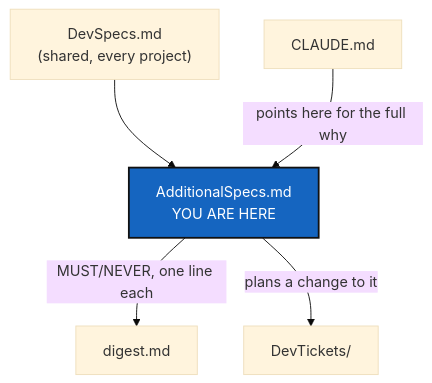
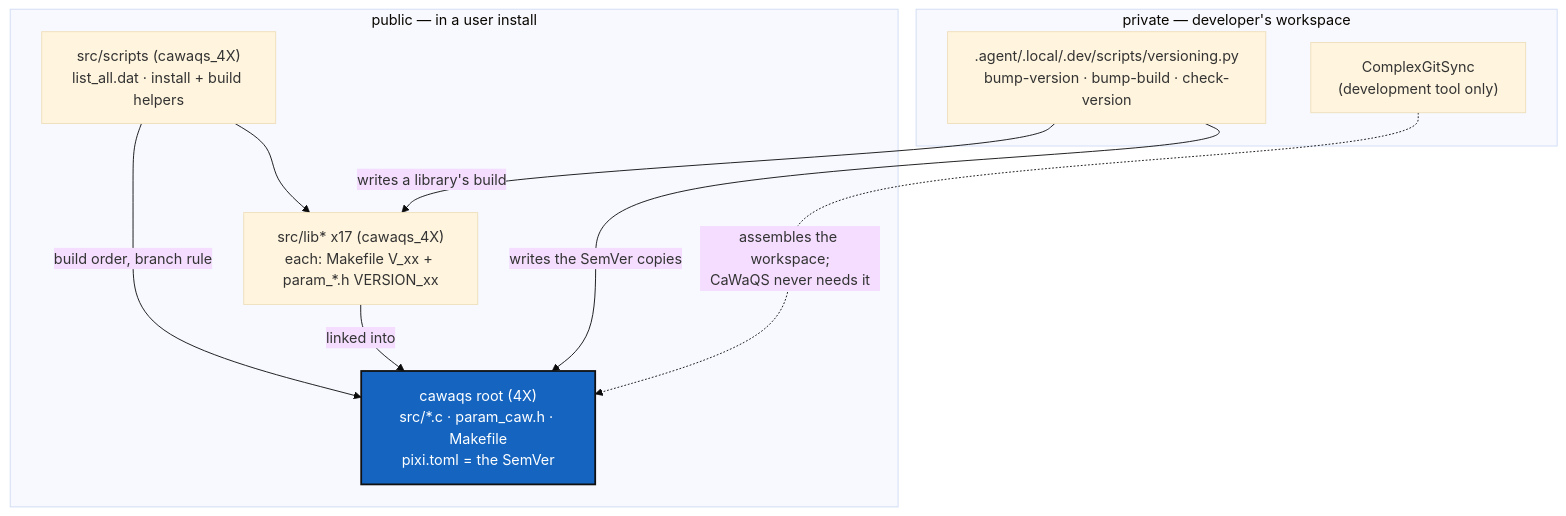
Before and after one commit to flipoyo/.localSpec: the diagram in AdditionalSpecs.md, drawn with Mermaid (base theme). The commit also changed other lines of this file and 4 other files, not shown here.

Commit message:
cawaqs-4.3.0 SemVer in C, libprint 1.25, versioning.py in .dev, scripts 1.0.0 with -p/-b and build_tree.sh Releases 4.2.0 and 4.3.0 delivered as one change (D15); src/Makefile V_CAW is unquoted; no main moved

````diff
--- a/AdditionalSpecs.md
+++ b/AdditionalSpecs.md
@@ -44,10 +28,21 @@
 ```mermaid
-graph TD
-    DS["DevSpecs.md<br/>(shared, every project)"] --> AS["AdditionalSpecs.md<br/>YOU ARE HERE"]
-    AS -->|"MUST/NEVER, one line each"| DG["digest.md"]
-    AS -->|"plans a change to it"| TK["DevTickets/"]
-    CL["CLAUDE.md"] -->|"points here for the full why"| AS
+graph TB
+    subgraph PUB["public — in a user install"]
+        ROOT["cawaqs root (4X)<br/>src/*.c · param_caw.h · Makefile<br/>pixi.toml = the SemVer"]
+        SCR["src/scripts (cawaqs_4X)<br/>list_all.dat · install + build helpers"]
+        LIBS["src/lib* x17 (cawaqs_4X)<br/>each: Makefile V_xx + param_*.h VERSION_xx"]
+    end
+    subgraph PRIV["private — developer's workspace"]
+        DEV[".agent/.local/.dev/scripts/versioning.py<br/>bump-version · bump-build · check-version"]
+        CGS["ComplexGitSync<br/>(development tool only)"]
+    end
+    SCR -->|"build order, branch rule"| ROOT
+    SCR --> LIBS
+    LIBS -->|"linked into"| ROOT
+    DEV -->|"writes the SemVer copies"| ROOT
+    DEV -->|"writes a library's build"| LIBS
+    CGS -.->|"assembles the workspace;<br/>CaWaQS never needs it"| ROOT
 
     classDef here fill:#1565C0,color:#fff,stroke:#111,stroke-width:2px;
-    class AS here;
+    class ROOT here;
 ```
````
